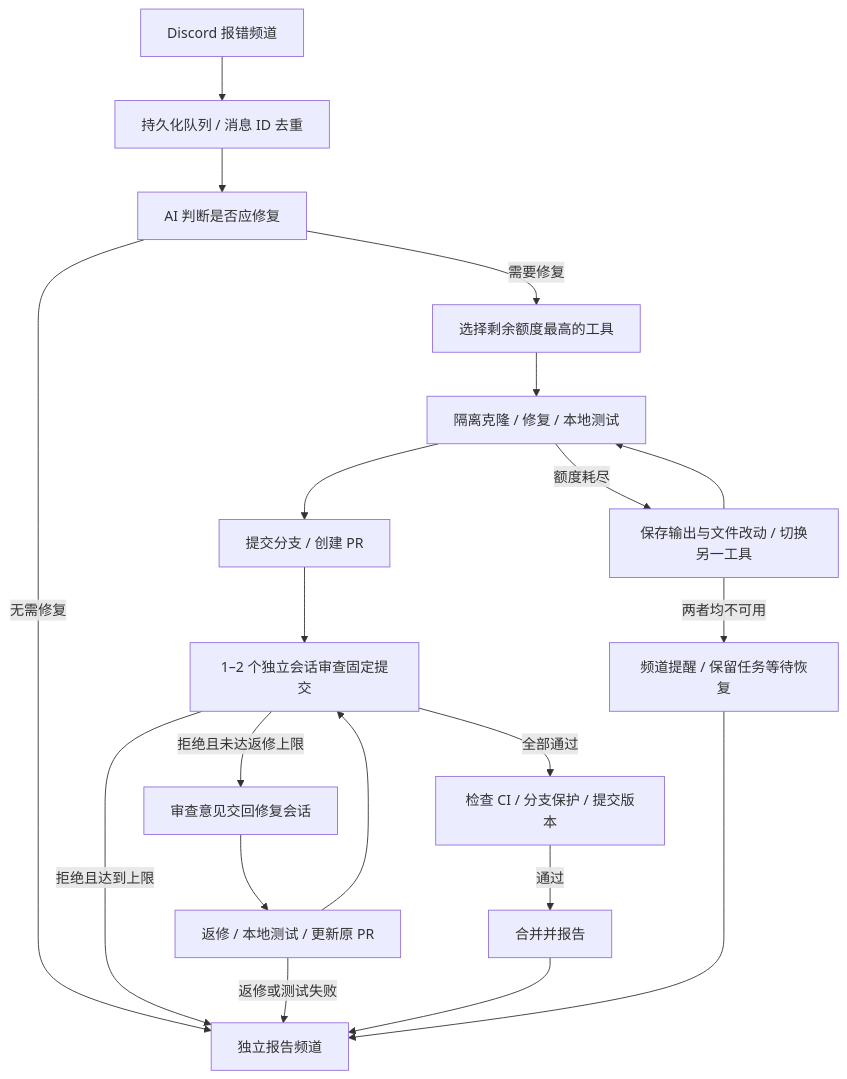
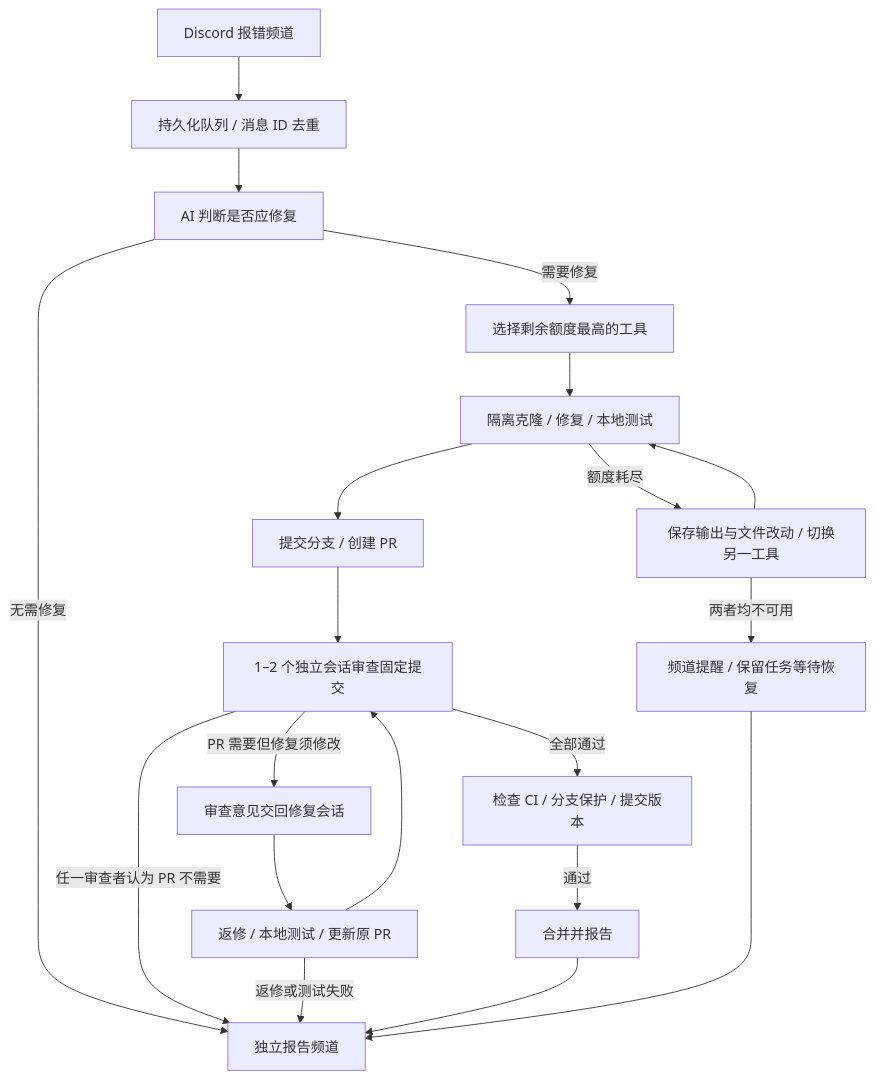
Before and after one commit to Bryan-Kuang/Repairbot: the diagram in README.md, drawn with Mermaid. The commit also changed other lines of this file and 5 other files, not shown here.

````diff
--- a/README.md
+++ b/README.md
@@ -7,22 +7,22 @@
 ```mermaid
 flowchart TD
     A[Discord 报错频道] --> B[持久化队列 / 消息 ID 去重]
     B --> C[AI 判断是否应修复]
     C -->|无需修复| R[独立报告频道]
     C -->|需要修复| D[选择剩余额度最高的工具]
     D --> E[隔离克隆 / 修复 / 本地测试]
     E --> P[提交分支 / 创建 PR]
     P --> V[1–2 个独立会话审查固定提交]
-    V -->|拒绝且未达返修上限| H[审查意见交回修复会话]
+    V -->|PR 需要但修复须修改| H[审查意见交回修复会话]
     H --> U[返修 / 本地测试 / 更新原 PR]
     U --> V
-    V -->|拒绝且达到上限| R
+    V -->|任一审查者认为 PR 不需要| R
     U -->|返修或测试失败| R
     V -->|全部通过| G[检查 CI / 分支保护 / 提交版本]
     G -->|通过| M[合并并报告]
     E -->|额度耗尽| F[保存输出与文件改动 / 切换另一工具]
     F --> E
     F -->|两者均不可用| W[频道提醒 / 保留任务等待恢复]
     M --> R
     W --> R
 ```
````
